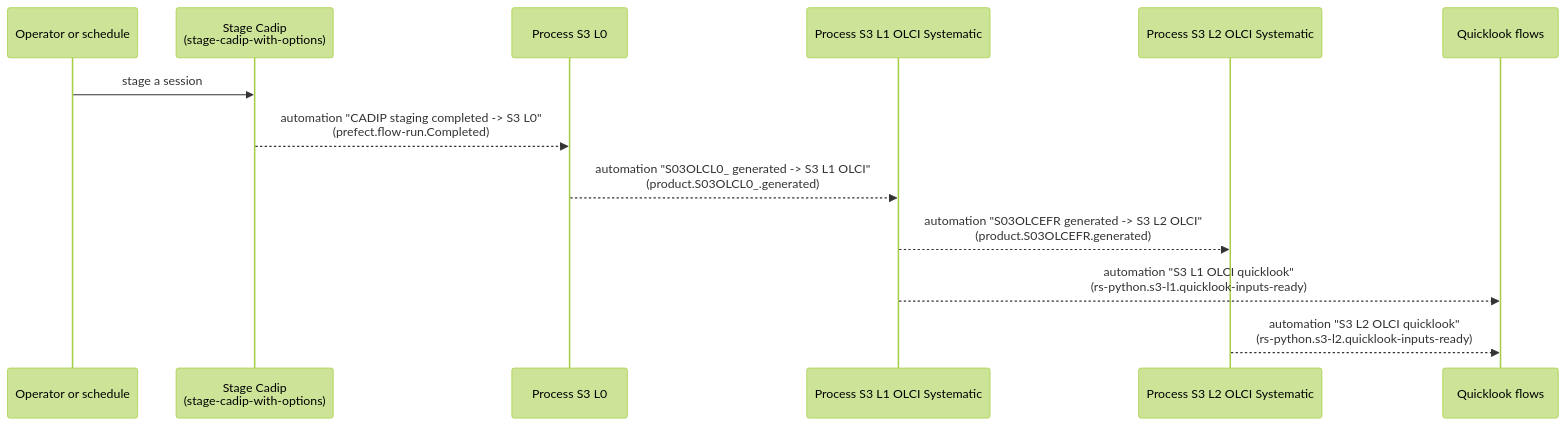
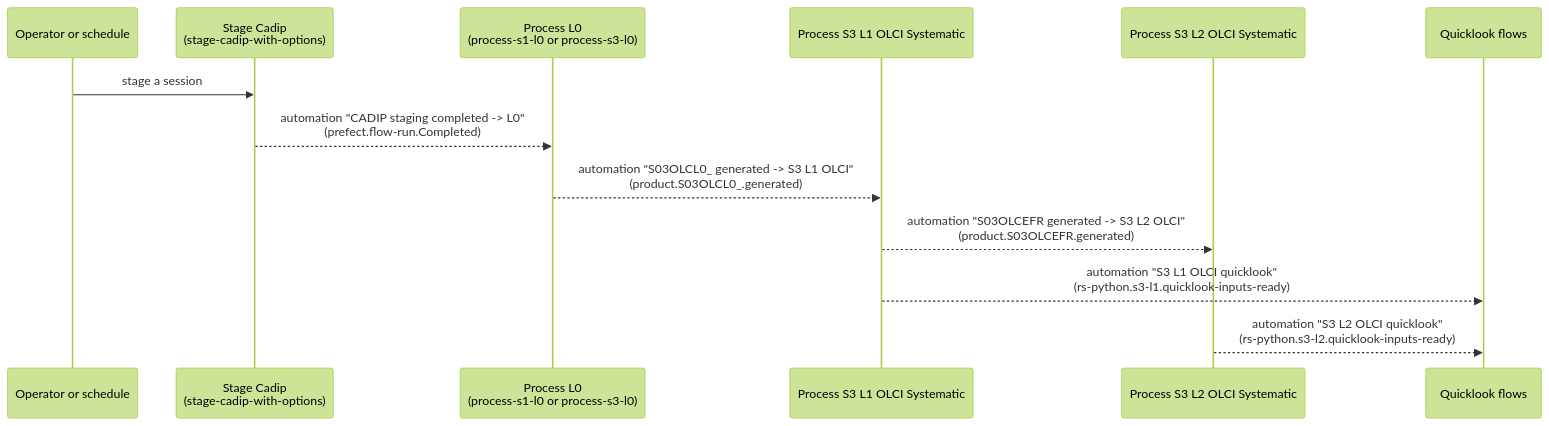
Before and after one commit to RS-PYTHON/rs-client-libraries: the diagram in docs/doc/advanced/systematic-processing.md, drawn with Mermaid (forest theme). The commit also changed other lines of this file and 33 other files, not shown here.

````diff
--- a/docs/doc/advanced/systematic-processing.md
+++ b/docs/doc/advanced/systematic-processing.md
@@ -19,15 +24,15 @@
 ```mermaid
 sequenceDiagram
     participant op as Operator or schedule
     participant stage as Stage Cadip<br/>(stage-cadip-with-options)
-    participant l0 as Process S3 L0
+    participant l0 as Process L0<br/>(process-s1-l0 or process-s3-l0)
     participant l1 as Process S3 L1 OLCI Systematic
     participant l2 as Process S3 L2 OLCI Systematic
     participant ql as Quicklook flows
     op->>stage: stage a session
-    stage-->>l0: automation "CADIP staging completed -> S3 L0"<br/>(prefect.flow-run.Completed)
+    stage-->>l0: automation "CADIP staging completed -> L0"<br/>(prefect.flow-run.Completed)
     l0-->>l1: automation "S03OLCL0_ generated -> S3 L1 OLCI"<br/>(product.S03OLCL0_.generated)
     l1-->>l2: automation "S03OLCEFR generated -> S3 L2 OLCI"<br/>(product.S03OLCEFR.generated)
     l1-->>ql: automation "S3 L1 OLCI quicklook"<br/>(rs-python.s3-l1.quicklook-inputs-ready)
     l2-->>ql: automation "S3 L2 OLCI quicklook"<br/>(rs-python.s3-l2.quicklook-inputs-ready)
 ```
````
